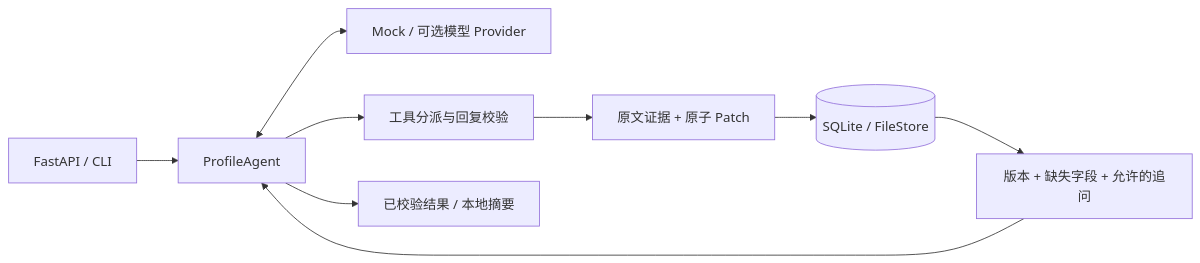
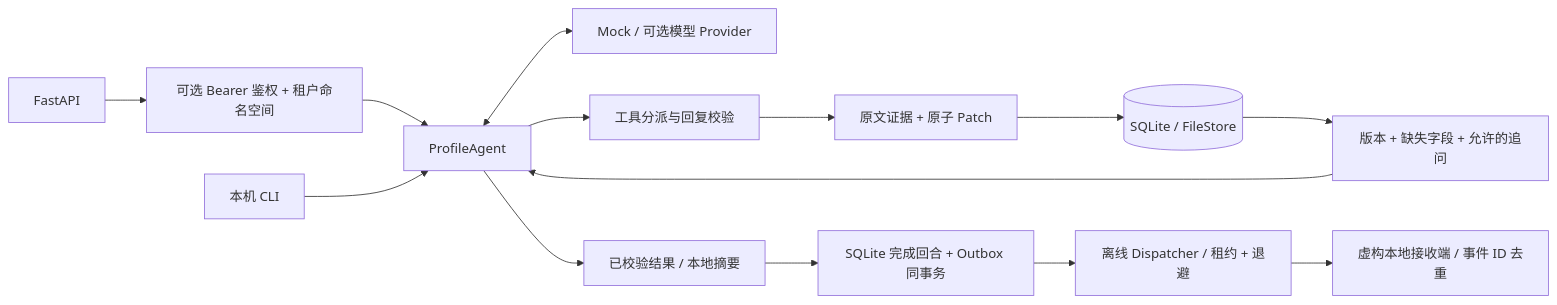
The diagram in README.md (2328956238/customer-profile-agent), drawn with Mermaid before and after one commit. The commit also changed other lines of this file and 16 other files, not shown here.

````diff
--- a/README.md
+++ b/README.md
@@ -90,11 +119,16 @@
 ```mermaid
 flowchart LR
-    API[FastAPI / CLI] --> Agent[ProfileAgent]
+    API[FastAPI] --> Auth[可选 Bearer 鉴权 + 租户命名空间]
+    Auth --> Agent[ProfileAgent]
+    CLI[本机 CLI] --> Agent
     Agent <--> Provider[Mock / 可选模型 Provider]
     Agent --> Tools[工具分派与回复校验]
     Tools --> Patch[原文证据 + 原子 Patch]
     Patch --> Store[(SQLite / FileStore)]
     Store --> View[版本 + 缺失字段 + 允许的追问]
     View --> Agent
     Agent --> Result[已校验结果 / 本地摘要]
+    Result --> Outbox[SQLite 完成回合 + Outbox 同事务]
+    Outbox --> Dispatcher[离线 Dispatcher / 租约 + 退避]
+    Dispatcher --> Sink[虚构本地接收端 / 事件 ID 去重]
 ```
````
